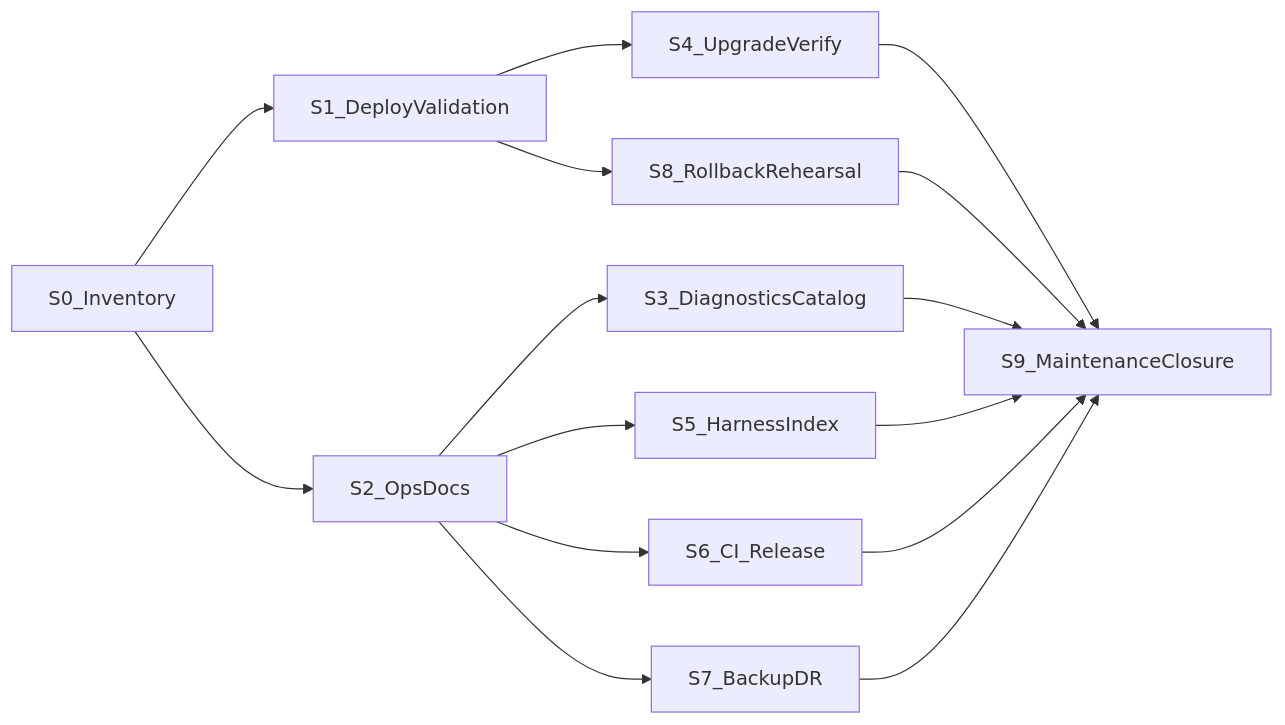
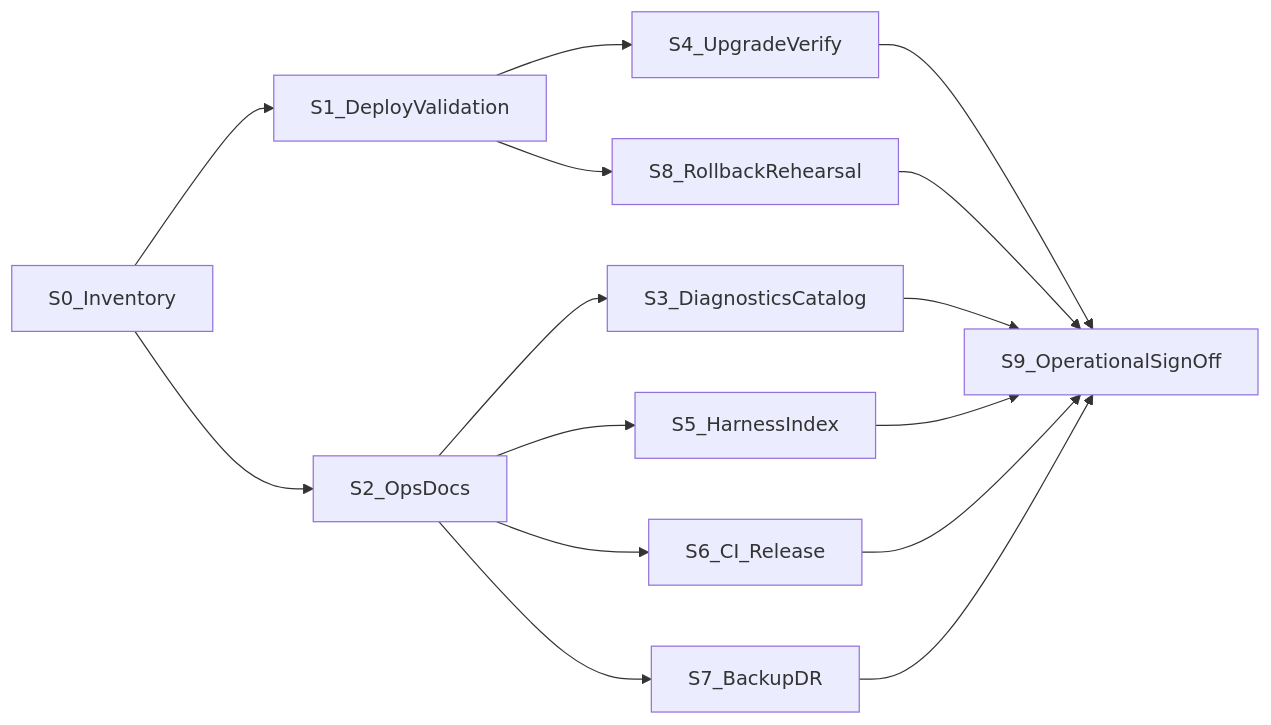
One commit to magpern/ai-multilingual changed the diagram in docs/plans/P1_PLATFORM_STABILIZATION_IMPLEMENTATION_PLAN.md. Above: the diagram before and after it, drawn with Mermaid. The commit also changed other lines of this file, not shown here.

First line of the commit message:
docs(p1): rebalance stabilization plan toward operational engineering

````diff
--- a/docs/plans/P1_PLATFORM_STABILIZATION_IMPLEMENTATION_PLAN.md
+++ b/docs/plans/P1_PLATFORM_STABILIZATION_IMPLEMENTATION_PLAN.md
@@ -97,28 +102,28 @@
 ```mermaid
 flowchart LR
   S0[S0_Inventory]
   S1[S1_DeployValidation]
   S2[S2_OpsDocs]
   S3[S3_DiagnosticsCatalog]
   S4[S4_UpgradeVerify]
   S5[S5_HarnessIndex]
   S6[S6_CI_Release]
   S7[S7_BackupDR]
   S8[S8_RollbackRehearsal]
-  S9[S9_MaintenanceClosure]
+  S9[S9_OperationalSignOff]
 
   S0 --> S1
   S0 --> S2
   S2 --> S3
   S1 --> S4
   S1 --> S8
   S2 --> S5
   S2 --> S6
   S2 --> S7
   S4 --> S9
   S3 --> S9
   S5 --> S9
   S6 --> S9
   S7 --> S9
   S8 --> S9
 ```
````
